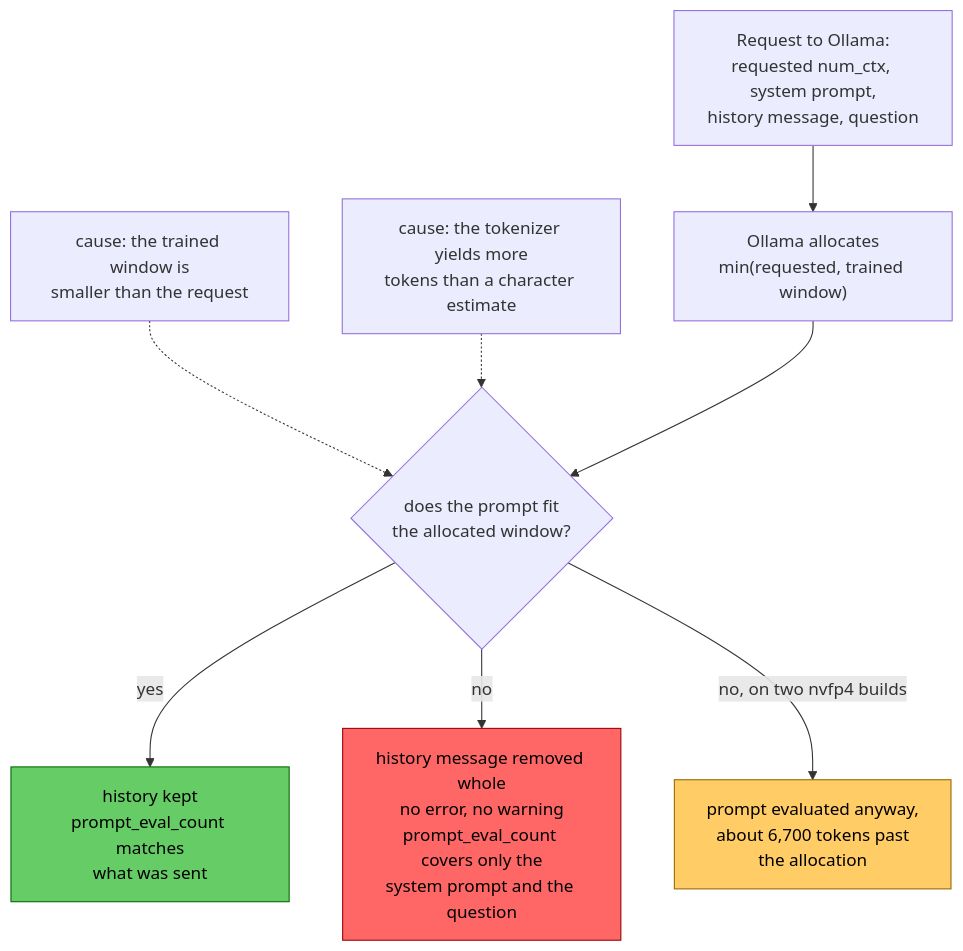
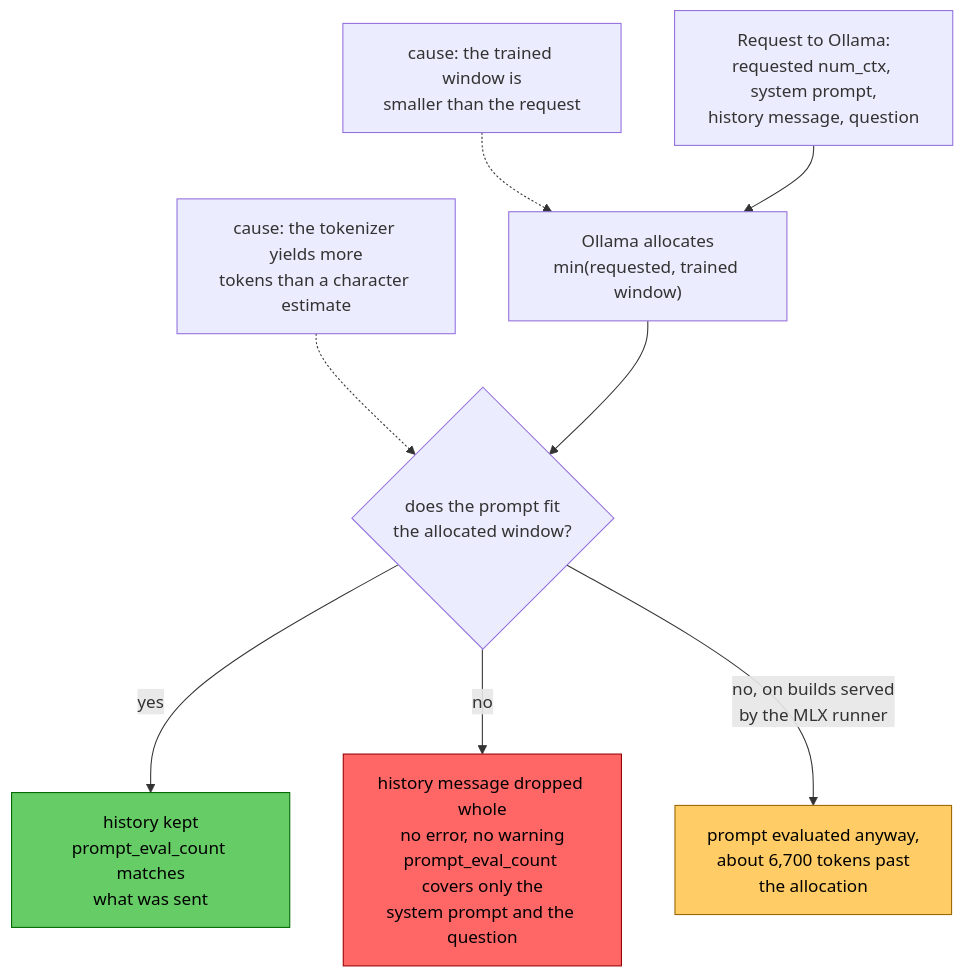
One commit to freemansoft/Flutter-AdaptiveCards changed the diagram in adaptive_chat_server_dart/blog/article-6-context-fill-draft.md. Above: the diagram before and after it, drawn with Mermaid. The commit also changed other lines of this file and 77 other files, not shown here.

First line of the commit message:
measure(chat-server): 0.35.1 KV cache study and MLX runner controls; article 6 review pass, article 7 KV section (#130)

````diff
--- a/adaptive_chat_server_dart/blog/article-6-context-fill-draft.md
+++ b/adaptive_chat_server_dart/blog/article-6-context-fill-draft.md
@@ -30,14 +39,14 @@
 ```mermaid
 flowchart TD
   REQ["Request to Ollama:\nrequested num_ctx, system prompt,\nhistory message, question"]
+  C1["cause: the trained window is\nsmaller than the request"] -.-> ALLOC
   REQ --> ALLOC["Ollama allocates\nmin(requested, trained window)"]
-  C1["cause: the trained window is\nsmaller than the request"] -.-> FIT
   C2["cause: the tokenizer yields more\ntokens than a character estimate"] -.-> FIT
   ALLOC --> FIT{"does the prompt fit\nthe allocated window?"}
   FIT -- yes --> KEPT["history kept\nprompt_eval_count matches\nwhat was sent"]
-  FIT -- "no" --> DROP["history message removed whole\nno error, no warning\nprompt_eval_count covers only the\nsystem prompt and the question"]
-  FIT -- "no, on two nvfp4 builds" --> OVER["prompt evaluated anyway,\nabout 6,700 tokens past\nthe allocation"]
+  FIT -- "no" --> DROP["history message dropped whole\nno error, no warning\nprompt_eval_count covers only the\nsystem prompt and the question"]
+  FIT -- "no, on builds served\nby the MLX runner" --> OVER["prompt evaluated anyway,\nabout 6,700 tokens past\nthe allocation"]
   style KEPT fill:#6c6,stroke:#060,color:#000
   style DROP fill:#f66,stroke:#900,color:#000
   style OVER fill:#fc6,stroke:#960,color:#000
 ```
````
